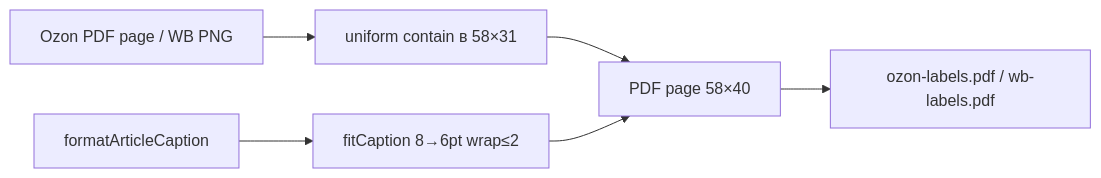
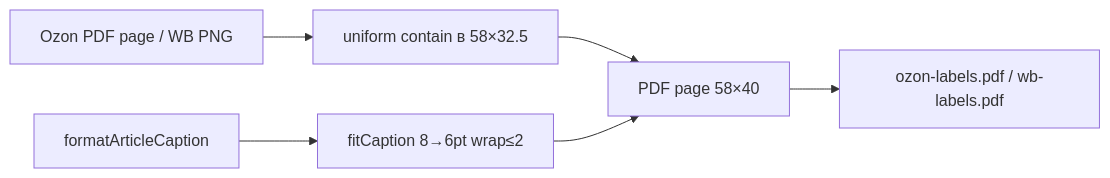
The diagram in memory-bank/creative/creative-stickers-pdf-layout.md (JUNKYASS/ivf-dashboard), drawn with Mermaid before and after one commit. The commit also changed other lines of this file and 10 other files, not shown here.

````diff
--- a/memory-bank/creative/creative-stickers-pdf-layout.md
+++ b/memory-bank/creative/creative-stickers-pdf-layout.md
@@ -220,8 +219,8 @@
 ```mermaid
 flowchart LR
-  src["Ozon PDF page / WB PNG"] --> contain["uniform contain в 58×31"]
+  src["Ozon PDF page / WB PNG"] --> contain["uniform contain в 58×32.5"]
   cap["formatArticleCaption"] --> fit["fitCaption 8→6pt wrap≤2"]
   contain --> page["PDF page 58×40"]
   fit --> page
   page --> out["ozon-labels.pdf / wb-labels.pdf"]
 ```
````
